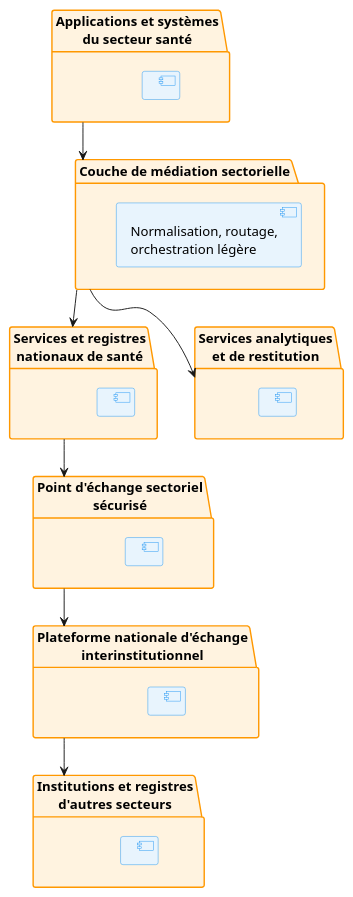
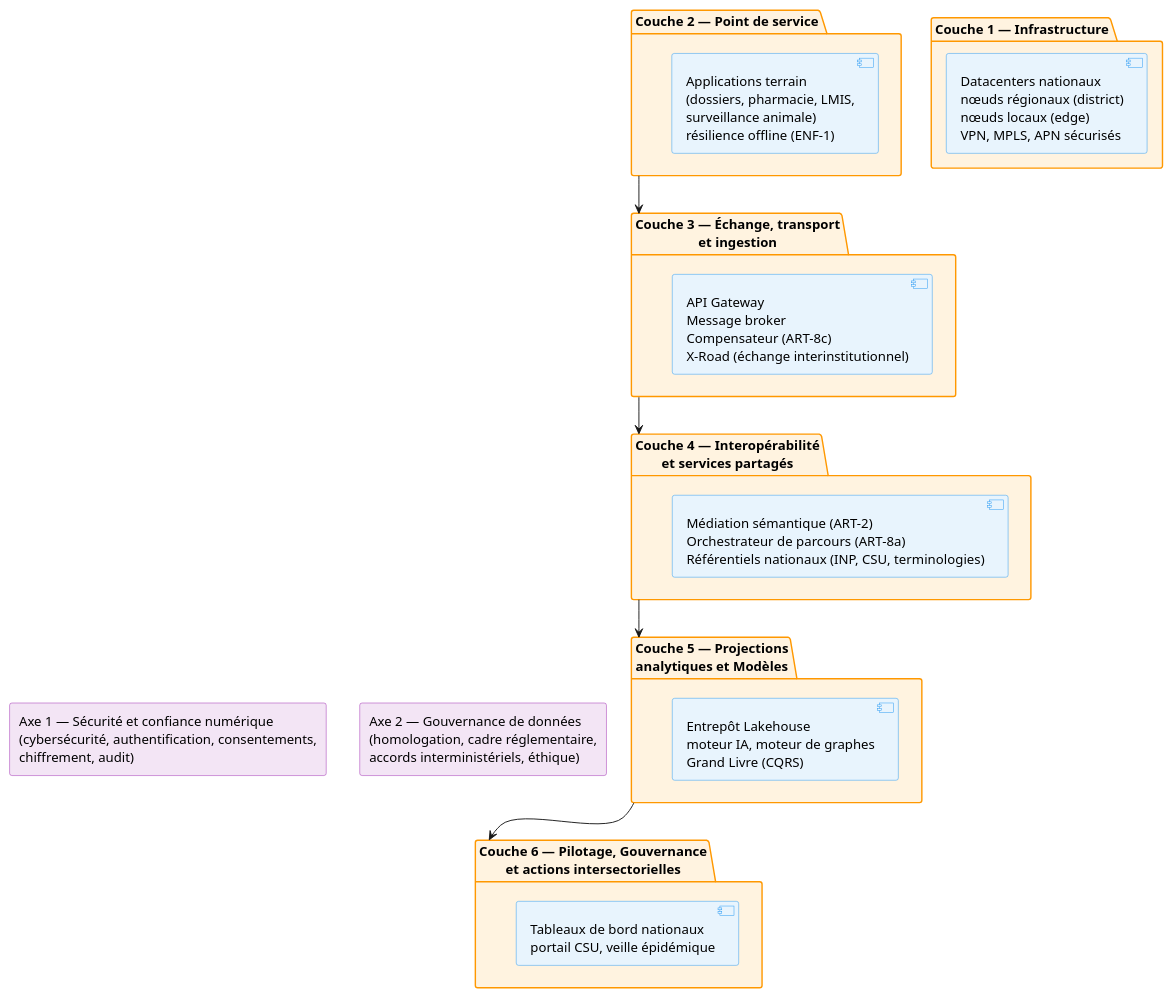
One commit to Data-Fi-Madagascar/health-enterprise-architecture changed the diagram in 03_ptisn/02_topologie-nationale-cible/index.md. Above: the diagram before and after it, drawn with PlantUML. The commit also changed other lines of this file and 572 other files, not shown here.

````diff
--- a/03_ptisn/02_topologie-nationale-cible/index.md
+++ b/03_ptisn/02_topologie-nationale-cible/index.md
@@ -19,49 +18,56 @@
 ```plantuml
 @startuml
 skinparam component {
   BackgroundColor #E8F4FD
   BorderColor #2196F3
 }
 skinparam package {
   BackgroundColor #FFF3E0
   BorderColor #FF9800
 }
-
-package "Applications et systèmes\ndu secteur santé" as APPS {
-  component " " as APPS_DESC
+skinparam rectangle {
+  BackgroundColor #F3E5F5
+  BorderColor #9C27B0
 }
 
-package "Couche de médiation sectorielle" as MEDIATION {
-  component "Normalisation, routage,\norchestration légère" as MEDIATION_DESC
+' === Axes transversaux ===
+rectangle "Axe 1 — Sécurité et confiance numérique\n(cybersécurité, authentification, consentements,\nchiffrement, audit)" as AXE1
+rectangle "Axe 2 — Gouvernance de données\n(homologation, cadre réglementaire,\naccords interministériels, éthique)" as AXE2
+
+' === Couches ===
+package "Couche 6 — Pilotage, Gouvernance\net actions intersectorielles" as C6 {
+  component "Tableaux de bord nationaux\nportail CSU, veille épidémique" as C6_DESC
 }
 
-package "Services et registres\nnationaux de santé" as SERVICES {
-  component " " as SERVICES_DESC
+package "Couche 5 — Projections\nanalytiques et Modèles" as C5 {
+  component "Entrepôt Lakehouse\nmoteur IA, moteur de graphes\nGrand Livre (CQRS)" as C5_DESC
 }
 
-package "Services analytiques\net de restitution" as ANALYTICS {
-  component " " as ANALYTICS_DESC
+package "Couche 4 — Interopérabilité\net services partagés" as C4 {
+  component "Médiation sémantique (ART-2)\nOrchestrateur de parcours (ART-8a)\nRéférentiels nationaux (INP, CSU, terminologies)" as C4_DESC
 }
 
-package "Point d'échange sectoriel\nsécurisé" as EXCHANGE {
-  component " " as EXCHANGE_DESC
+package "Couche 3 — Échange, transport\net ingestion" as C3 {
+  component "API Gateway\nMessage broker\nCompensateur (ART-8c)\nX-Road (échange interinstitutionnel)" as C3_DESC
 }
 
-package "Plateforme nationale d'échange\ninterinstitutionnel" as XROAD {
-  component " " as XROAD_DESC
+package "Couche 2 — Point de service" as C2 {
+  component "Applications terrain\n(dossiers, pharmacie, LMIS,\nsurveillance animale)\nrésilience offline (ENF-1)" as C2_DESC
 }
 
-package "Institutions et registres\nd'autres secteurs" as OTHER {
-  component " " as OTHER_DESC
+package "Couche 1 — Infrastructure" as C1 {
+  component "Datacenters nationaux\nnœuds régionaux (district)\nnœuds locaux (edge)\nVPN, MPLS, APN sécurisés" as C1_DESC
 }
 
 ' === Relations ===
-APPS --> MEDIATION
-MEDIATION --> SERVICES
-MEDIATION --> ANALYTICS
-SERVICES --> EXCHANGE
-EXCHANGE --> XROAD
-XROAD --> OTHER
+C2 --> C3
+C3 --> C4
+C4 --> C5
+C5 --> C6
+
+' === Axes traversent les couches ===
+AXE1 -[hidden]down-> C6
+AXE2 -[hidden]down-> C6
 
 @enduml
 ```
````
